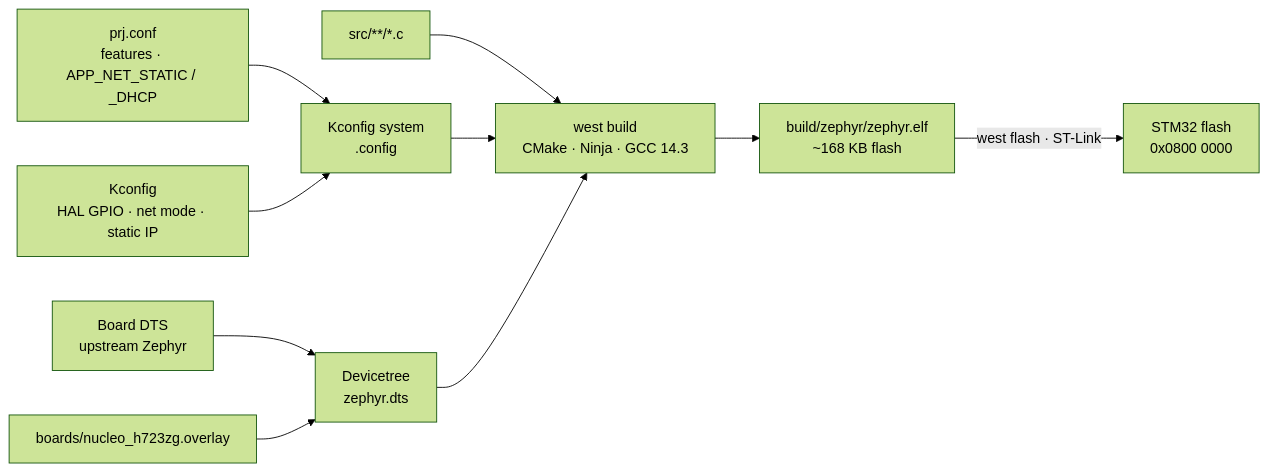
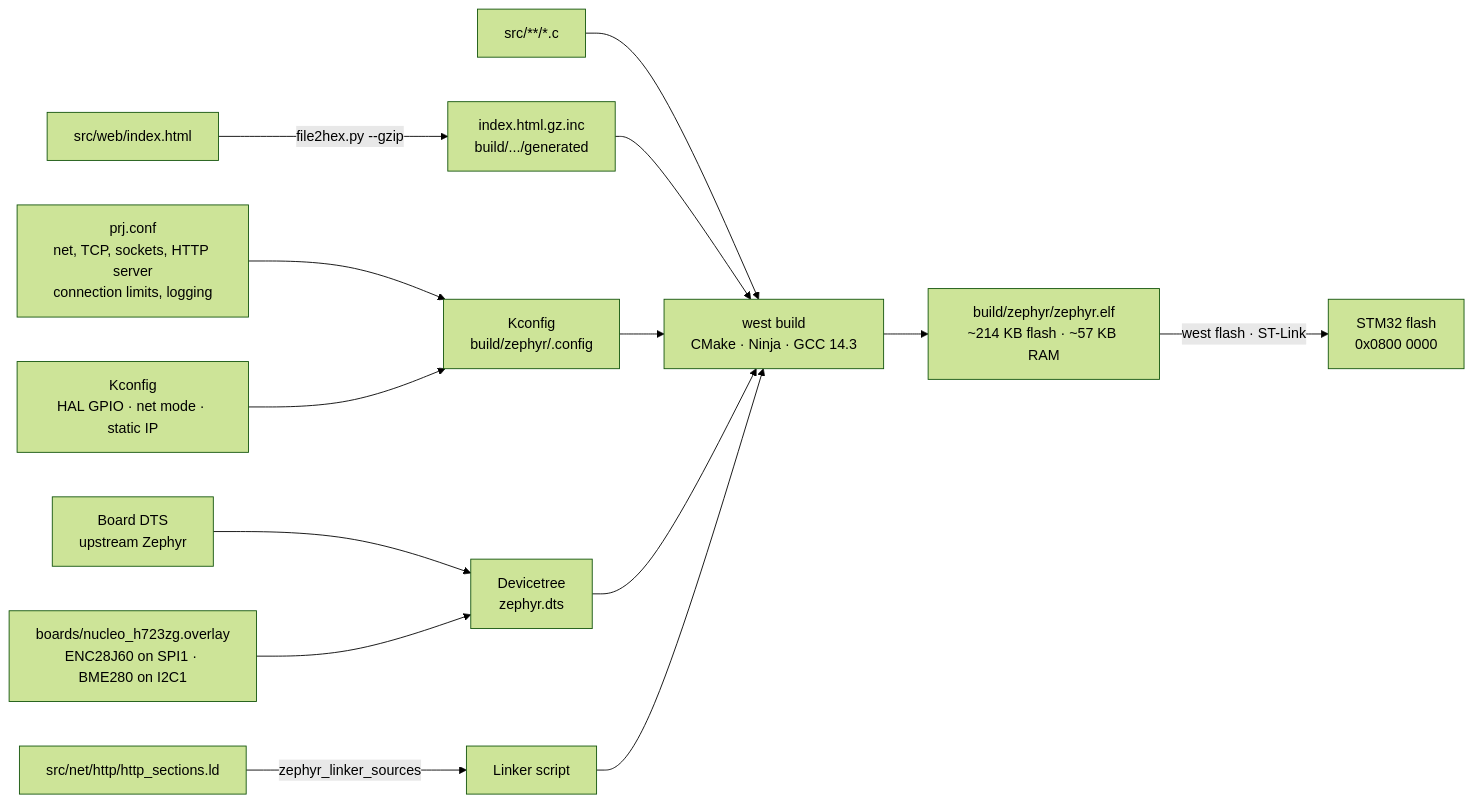
The fourth of 4 diagrams in docs/architecture.md (kgsinh/eco-connect-gateway), drawn with Mermaid (forest theme) before and after one commit. The commit also changed other lines of this file and 6 other files, not shown here.

First line of the commit message:
Docs: architecture diagrams and references for the TCP/IP work

````diff
--- a/docs/architecture.md
+++ b/docs/architecture.md
@@ -97,12 +134,16 @@
 ```mermaid
 flowchart LR
-    PRJ["prj.conf<br/>features · APP_NET_STATIC / _DHCP"] --> KC["Kconfig system<br/>.config"]
+    PRJ["prj.conf<br/>net, TCP, sockets, HTTP server<br/>connection limits, logging"] --> KC["Kconfig<br/>build/zephyr/.config"]
     KCFG["Kconfig<br/>HAL GPIO · net mode · static IP"] --> KC
     BDTS["Board DTS<br/>upstream Zephyr"] --> DT["Devicetree<br/>zephyr.dts"]
-    OVL["boards/nucleo_h723zg.overlay"] --> DT
+    OVL["boards/nucleo_h723zg.overlay<br/>ENC28J60 on SPI1 · BME280 on I2C1"] --> DT
+    HTML["src/web/index.html"] -->|"file2hex.py --gzip"| INC["index.html.gz.inc<br/>build/.../generated"]
+    LD["src/net/http/http_sections.ld"] -->|"zephyr_linker_sources"| LINK["Linker script"]
     SRCS["src/**/*.c"] --> WEST["west build<br/>CMake · Ninja · GCC 14.3"]
+    INC --> WEST
     KC --> WEST
     DT --> WEST
-    WEST --> ELF["build/zephyr/zephyr.elf<br/>~168 KB flash"]
+    LINK --> WEST
+    WEST --> ELF["build/zephyr/zephyr.elf<br/>~214 KB flash · ~57 KB RAM"]
     ELF -->|"west flash · ST-Link"| BOARD["STM32 flash<br/>0x0800 0000"]
 ```
````
